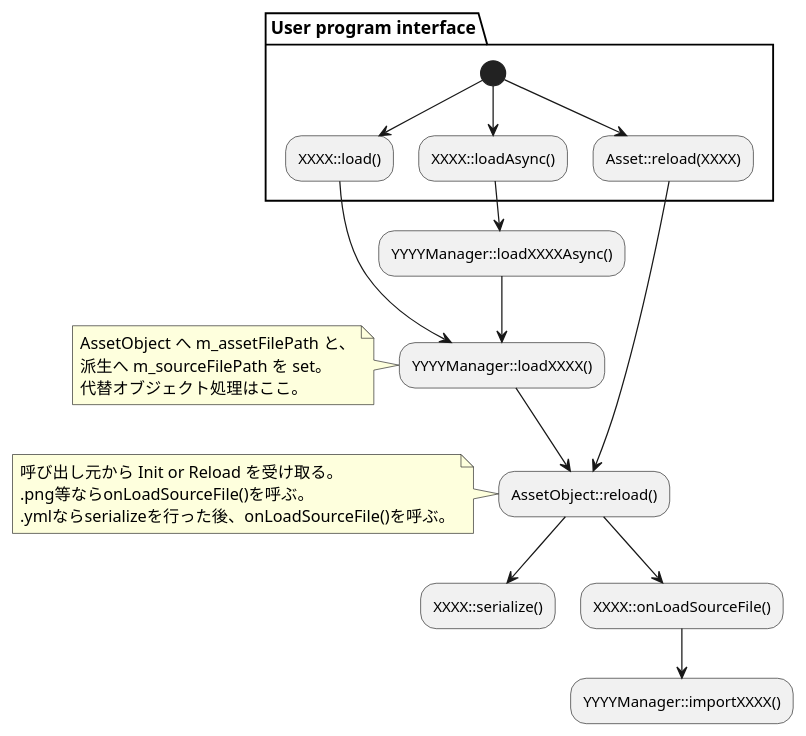
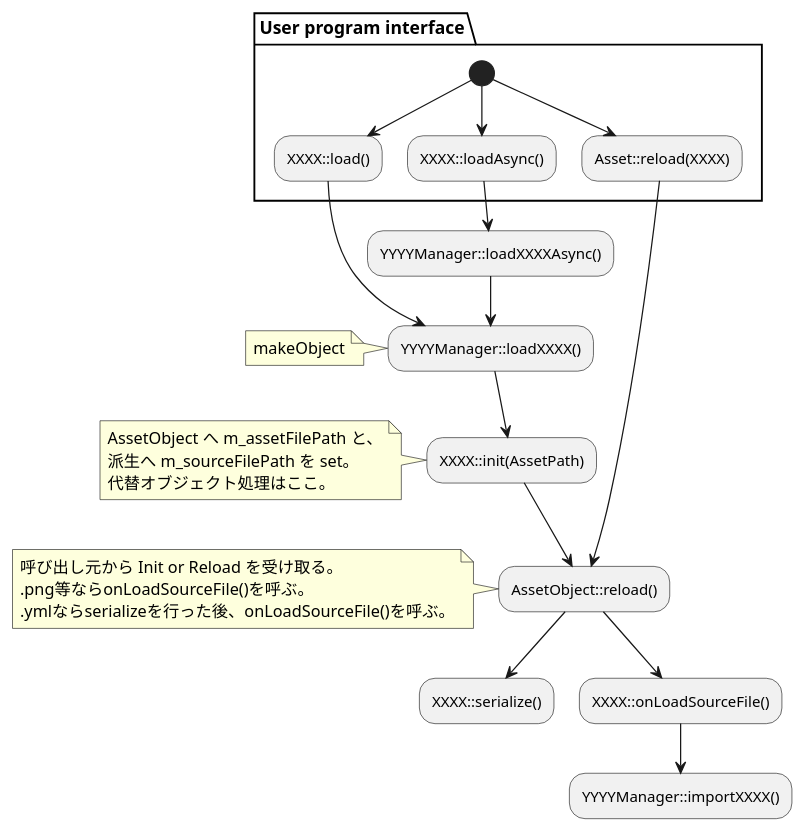
The second of 2 diagrams in src/LuminoEngine/src/Asset/README.md (LuminoEngine/Lumino), drawn with PlantUML before and after one commit. The commit also changed other lines of this file and 14 other files, not shown here.

````diff
--- a/src/LuminoEngine/src/Asset/README.md
+++ b/src/LuminoEngine/src/Asset/README.md
@@ -93,36 +93,41 @@
 ```plantuml
 @startuml
 partition "User program interface" {
     (*) --> "XXXX::load()"
 
     (*) --> "XXXX::loadAsync()"
 
     (*) --> "Asset::reload(XXXX)"
 }
 
 "XXXX::load()" --> "YYYYManager::loadXXXX()"
 "XXXX::loadAsync()" --> "YYYYManager::loadXXXXAsync()"
 "YYYYManager::loadXXXXAsync()" --> "YYYYManager::loadXXXX()"
 
 
 note left
+makeObject
+end note
+"YYYYManager::loadXXXX()" --> "XXXX::init(AssetPath)"
+
+
+note left
 AssetObject へ m_assetFilePath と、
 派生へ m_sourceFilePath を set。
 代替オブジェクト処理はここ。
 end note
-"YYYYManager::loadXXXX()" --> "AssetObject::reload()"
-
+"XXXX::init(AssetPath)" --> "AssetObject::reload()"
 "Asset::reload(XXXX)" --> "AssetObject::reload()"
 
 note left
 呼び出し元から Init or Reload を受け取る。
 .png等ならonLoadSourceFile()を呼ぶ。
 .ymlならserializeを行った後、onLoadSourceFile()を呼ぶ。
 end note
 "AssetObject::reload()" --> "XXXX::serialize()"
 "AssetObject::reload()" --> "XXXX::onLoadSourceFile()"
 
 "XXXX::onLoadSourceFile()" --> "YYYYManager::importXXXX()"
 
 @enduml
 ```
````
